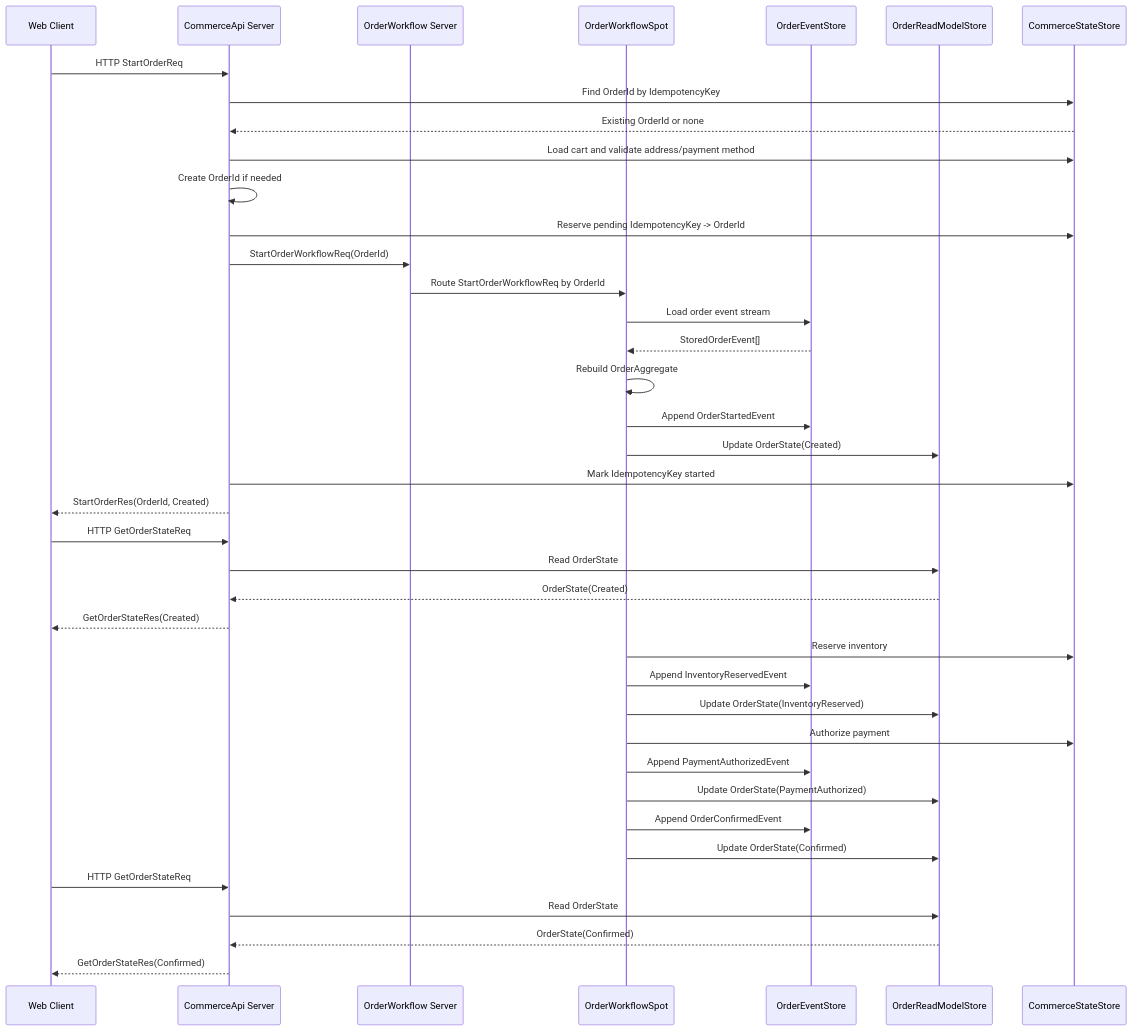
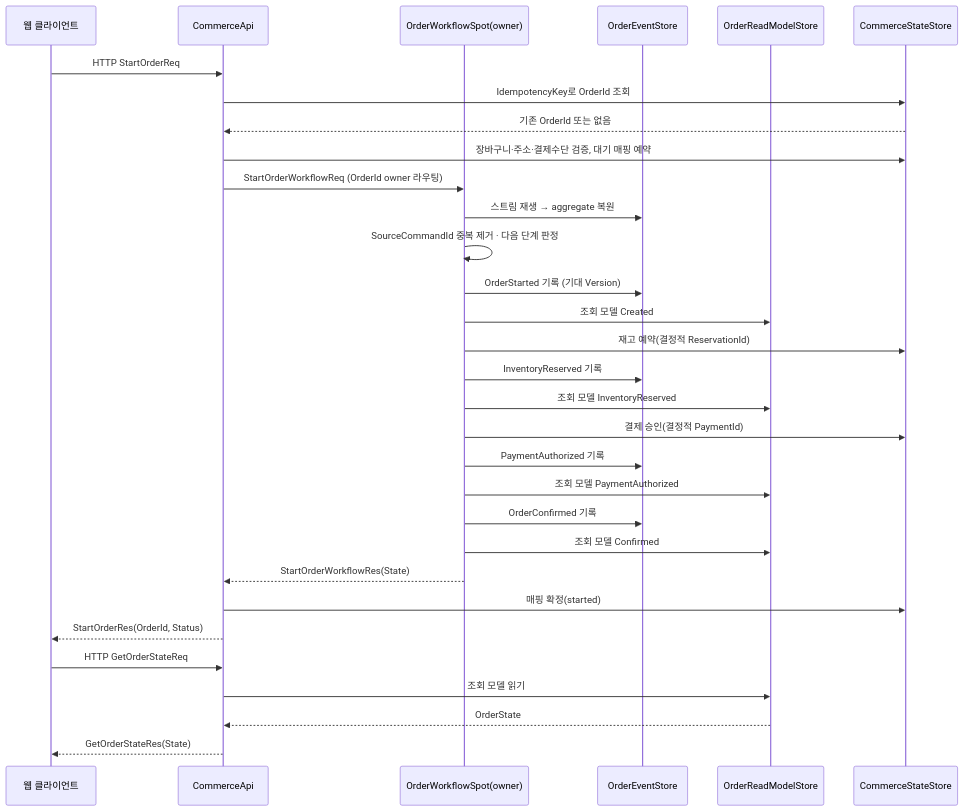
Before and after one commit to kairos-code-dev/zlink: the fifth of 5 diagrams in framework/doc/framework/common/sample/event/shoppingmall.ko.md, drawn with Mermaid. The commit also changed other lines of this file and 1 other file, not shown here.

````diff
--- a/framework/doc/framework/common/sample/event/shoppingmall.ko.md
+++ b/framework/doc/framework/common/sample/event/shoppingmall.ko.md
@@ -515,42 +647,36 @@
 ```mermaid
 sequenceDiagram
-    participant C as Web Client
-    participant API as CommerceApi Server
-    participant WF as OrderWorkflow Server
-    participant O as OrderWorkflowSpot
+    participant C as 웹 클라이언트
+    participant API as CommerceApi
+    participant O as OrderWorkflowSpot(owner)
     participant ES as OrderEventStore
     participant RS as OrderReadModelStore
     participant CS as CommerceStateStore
 
     C->>API: HTTP StartOrderReq
-    API->>CS: Find OrderId by IdempotencyKey
-    CS-->>API: Existing OrderId or none
-    API->>CS: Load cart and validate address/payment method
-    API->>API: Create OrderId if needed
-    API->>CS: Reserve pending IdempotencyKey -> OrderId
-    API->>WF: StartOrderWorkflowReq(OrderId)
-    WF->>O: Route StartOrderWorkflowReq by OrderId
-    O->>ES: Load order event stream
-    ES-->>O: StoredOrderEvent[]
-    O->>O: Rebuild OrderAggregate
-    O->>ES: Append OrderStartedEvent
-    O->>RS: Update OrderState(Created)
-    API->>CS: Mark IdempotencyKey started
-    API-->>C: StartOrderRes(OrderId, Created)
+    API->>CS: IdempotencyKey로 OrderId 조회
+    CS-->>API: 기존 OrderId 또는 없음
+    API->>CS: 장바구니·주소·결제수단 검증, 대기 매핑 예약
+    API->>O: StartOrderWorkflowReq (OrderId owner 라우팅)
+
+    O->>ES: 스트림 재생 → aggregate 복원
+    O->>O: SourceCommandId 중복 제거 · 다음 단계 판정
+    O->>ES: OrderStarted 기록 (기대 Version)
+    O->>RS: 조회 모델 Created
+    O->>CS: 재고 예약(결정적 ReservationId)
+    O->>ES: InventoryReserved 기록
+    O->>RS: 조회 모델 InventoryReserved
+    O->>CS: 결제 승인(결정적 PaymentId)
+    O->>ES: PaymentAuthorized 기록
+    O->>RS: 조회 모델 PaymentAuthorized
+    O->>ES: OrderConfirmed 기록
+    O->>RS: 조회 모델 Confirmed
+    O-->>API: StartOrderWorkflowRes(State)
+    API->>CS: 매핑 확정(started)
+    API-->>C: StartOrderRes(OrderId, Status)
+
     C->>API: HTTP GetOrderStateReq
-    API->>RS: Read OrderState
-    RS-->>API: OrderState(Created)
-    API-->>C: GetOrderStateRes(Created)
-    O->>CS: Reserve inventory
-    O->>ES: Append InventoryReservedEvent
-    O->>RS: Update OrderState(InventoryReserved)
-    O->>CS: Authorize payment
-    O->>ES: Append PaymentAuthorizedEvent
-    O->>RS: Update OrderState(PaymentAuthorized)
-    O->>ES: Append OrderConfirmedEvent
-    O->>RS: Update OrderState(Confirmed)
-    C->>API: HTTP GetOrderStateReq
-    API->>RS: Read OrderState
-    RS-->>API: OrderState(Confirmed)
-    API-->>C: GetOrderStateRes(Confirmed)
+    API->>RS: 조회 모델 읽기
+    RS-->>API: OrderState
+    API-->>C: GetOrderStateRes(State)
 ```
````
